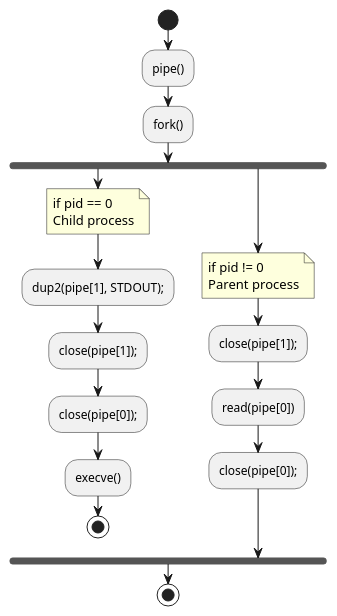
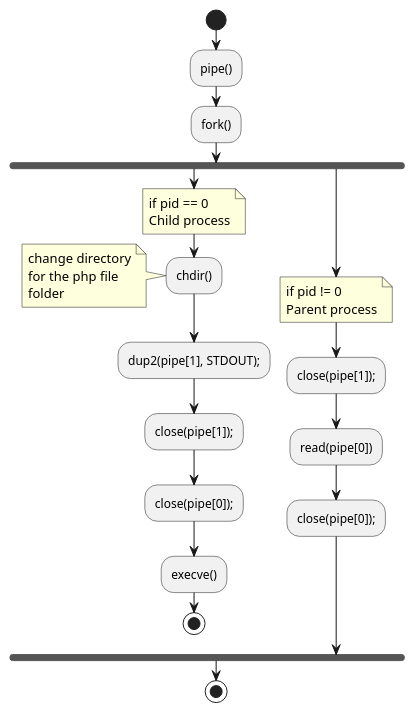
The eighth of 9 diagrams in docs/README.adoc (0xCAF3D0OD/webserv), drawn with PlantUML before and after one commit. The commit also changed 2 other files, not shown here.

Commit message:
docs: cgi add chdir()

```diff
--- a/docs/README.adoc
+++ b/docs/README.adoc
@@ -87,26 +87,32 @@
 [plantuml, target=activity_cgi, format=svg, width=60%]
 ....
 start
 :pipe();
 :fork();
 fork
 note left
   if pid == 0
   Child process
+end note
+  :chdir();
+note left
+  change directory
+  for the php file
+  folder
 end note
   :dup2(pipe[1], STDOUT);;
   :close(pipe[1]);;
   :close(pipe[0]);;
   :execve();
   stop
 fork again
 note left
   if pid != 0
   Parent process
 end note
   :close(pipe[1]);;
   :read(pipe[0]);
   :close(pipe[0]);;
 end fork;
 stop
 ....
```
